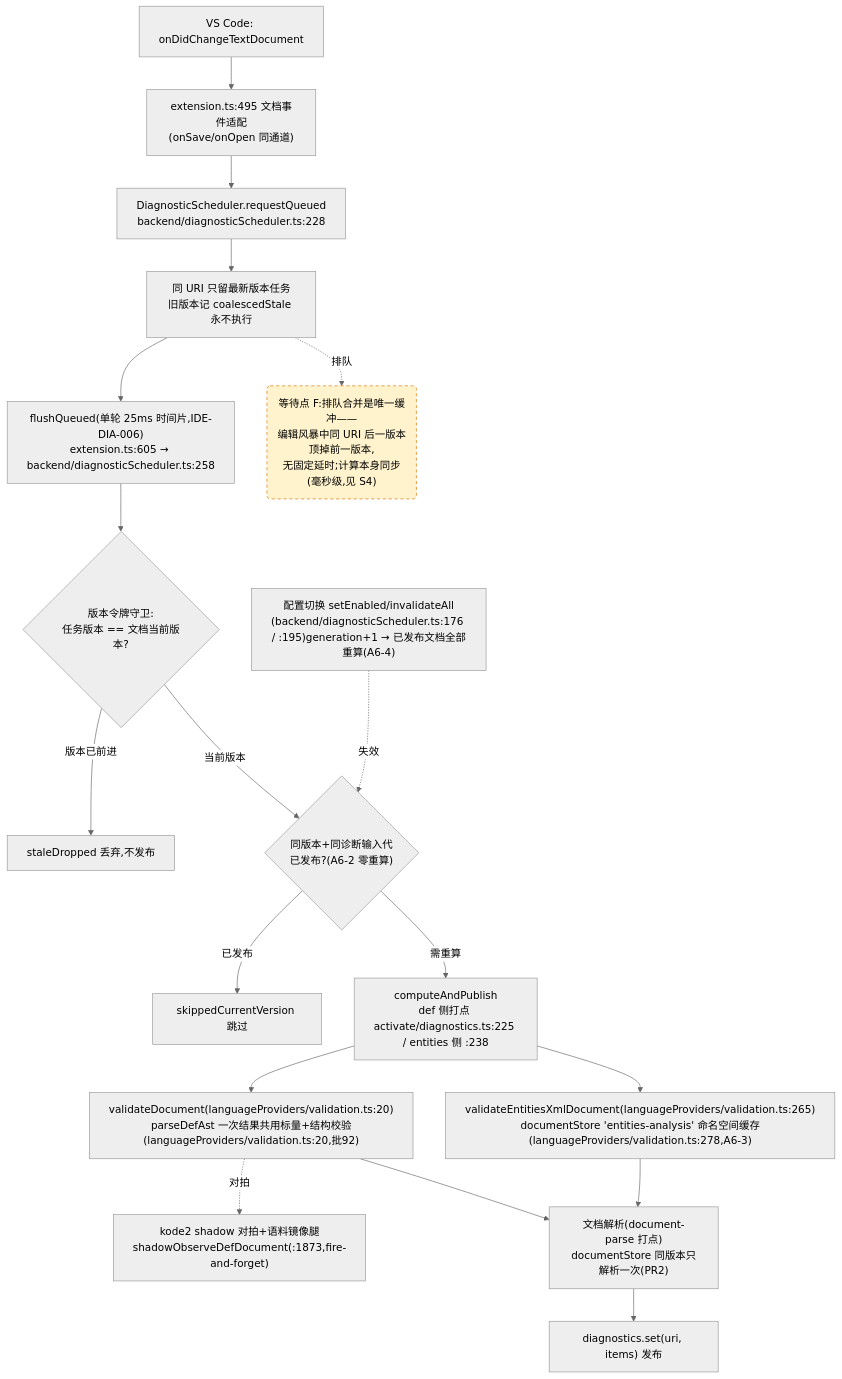
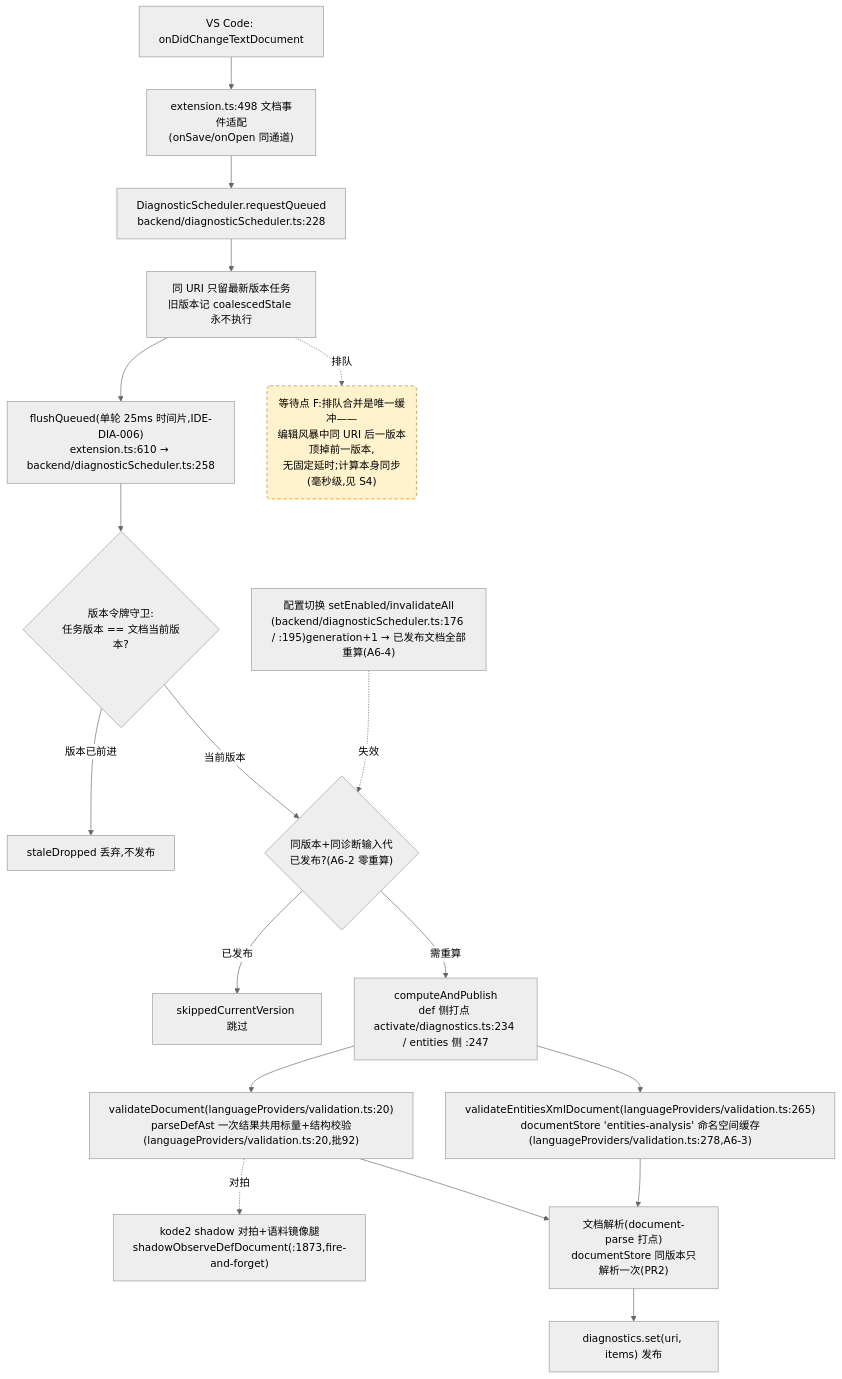
Before and after one commit to cuihairu/kode: the fourth of 4 diagrams in docs/perf/2026-baseline.md, drawn with Mermaid (neutral theme). The commit also changed 19 other files, not shown here.

````diff
--- a/docs/perf/2026-baseline.md
+++ b/docs/perf/2026-baseline.md
@@ -241,38 +241,38 @@
 ```mermaid
 flowchart TD
   CHG["VS Code: onDidChangeTextDocument"]
-  WATCH["extension.ts:495 文档事件适配<br/>(onSave/onOpen 同通道)"]
+  WATCH["extension.ts:498 文档事件适配<br/>(onSave/onOpen 同通道)"]
   RQ["DiagnosticScheduler.requestQueued<br/>backend/diagnosticScheduler.ts:228"]
   CO["同 URI 只留最新版本任务<br/>旧版本记 coalescedStale 永不执行"]
-  FL["flushQueued(单轮 25ms 时间片,IDE-DIA-006)<br/>extension.ts:605 → backend/diagnosticScheduler.ts:258"]
+  FL["flushQueued(单轮 25ms 时间片,IDE-DIA-006)<br/>extension.ts:610 → backend/diagnosticScheduler.ts:258"]
   VG{"版本令牌守卫:<br/>任务版本 == 文档当前版本?"}
   DROP["staleDropped 丢弃,不发布"]
   GEN{"同版本+同诊断输入代<br/>已发布?(A6-2 零重算)"}
   SKIP["skippedCurrentVersion 跳过"]
-  CALC["computeAndPublish<br/>def 侧打点 activate/diagnostics.ts:225 / entities 侧 :238"]
+  CALC["computeAndPublish<br/>def 侧打点 activate/diagnostics.ts:234 / entities 侧 :247"]
   VD["validateDocument(languageProviders/validation.ts:20)<br/>parseDefAst 一次结果共用标量+结构校验(languageProviders/validation.ts:20,批92)"]
   VEX["validateEntitiesXmlDocument(languageProviders/validation.ts:265)<br/>documentStore 'entities-analysis' 命名空间缓存(languageProviders/validation.ts:278,A6-3)"]
   SHDD["kode2 shadow 对拍+语料镜像腿<br/>shadowObserveDefDocument(:1873,fire-and-forget)"]
   DS["文档解析(document-parse 打点)<br/>documentStore 同版本只解析一次(PR2)"]
   PUB["diagnostics.set(uri, items) 发布"]
   CFG2["配置切换 setEnabled/invalidateAll<br/>(backend/diagnosticScheduler.ts:176 / :195)generation+1 → 已发布文档全部重算(A6-4)"]
 
   CHG --> WATCH --> RQ --> CO --> FL --> VG
   VG -- "版本已前进" --> DROP
   VG -- "当前版本" --> GEN
   GEN -- "已发布" --> SKIP
   GEN -- "需重算" --> CALC
   CALC --> VD
   CALC --> VEX
   VD --> DS
   VEX --> DS
   DS --> PUB
   VD -.->|对拍| SHDD
   CFG2 -.->|失效| GEN
 
   WAITF("等待点 F:排队合并是唯一缓冲——<br/>编辑风暴中同 URI 后一版本顶掉前一版本,<br/>无固定延时;计算本身同步(毫秒级,见 S4)")
   CO -.->|排队| WAITF
 
   classDef waitPoint fill:#fff3cd,stroke:#d97706,stroke-dasharray:5 4;
   class WAITF waitPoint;
 ```
````
